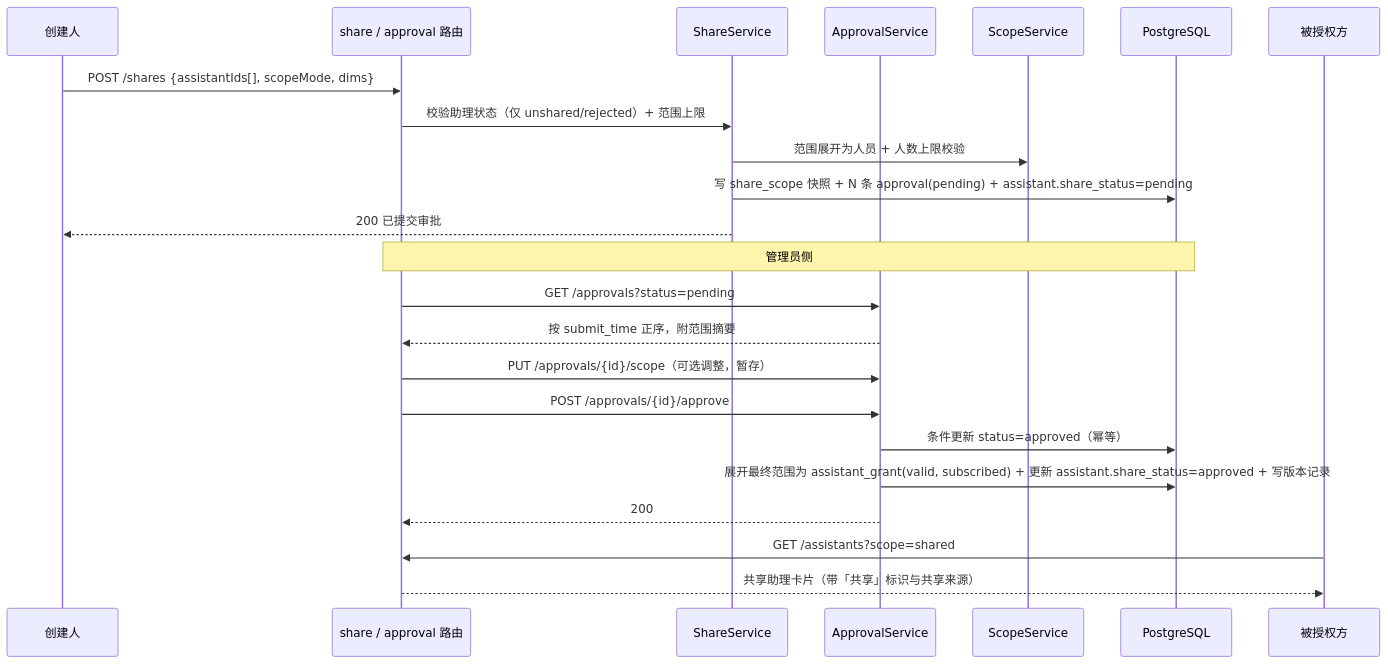
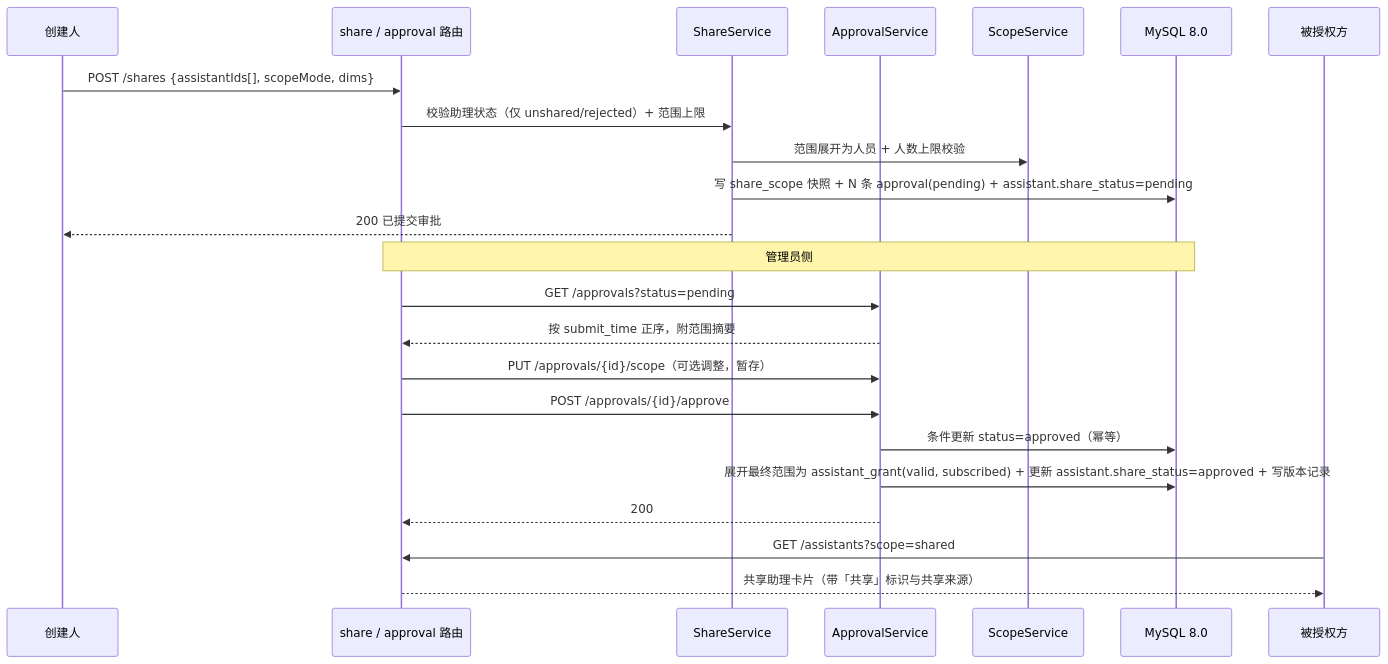
One commit to kemix-zjj/agent_assistant changed the sixth of 6 diagrams in docs/01-总体架构设计.md. Above: the diagram before and after it, drawn with Mermaid. The commit also changed other lines of this file and 2 other files, not shown here.

Commit message:
docs: 设计文档数据库口径改为 MySQL 8.0，忽略本地环境变量文件

````diff
--- a/docs/01-总体架构设计.md
+++ b/docs/01-总体架构设计.md
@@ -361,27 +361,27 @@
 ```mermaid
 sequenceDiagram
     participant O as 创建人
     participant API as share / approval 路由
     participant SS as ShareService
     participant AS as ApprovalService
     participant SC as ScopeService
-    participant DB as PostgreSQL
+    participant DB as MySQL 8.0
     participant U as 被授权方
 
     O->>API: POST /shares {assistantIds[], scopeMode, dims}
     API->>SS: 校验助理状态（仅 unshared/rejected）+ 范围上限
     SS->>SC: 范围展开为人员 + 人数上限校验
     SS->>DB: 写 share_scope 快照 + N 条 approval(pending) + assistant.share_status=pending
     SS-->>O: 200 已提交审批
 
     Note over API,DB: 管理员侧
     API->>AS: GET /approvals?status=pending
     AS-->>API: 按 submit_time 正序，附范围摘要
     API->>AS: PUT /approvals/{id}/scope（可选调整，暂存）
     API->>AS: POST /approvals/{id}/approve
     AS->>DB: 条件更新 status=approved（幂等）
     AS->>DB: 展开最终范围为 assistant_grant(valid, subscribed) + 更新 assistant.share_status=approved + 写版本记录
     AS-->>API: 200
     U->>API: GET /assistants?scope=shared
     API-->>U: 共享助理卡片（带「共享」标识与共享来源）
 ```
````
